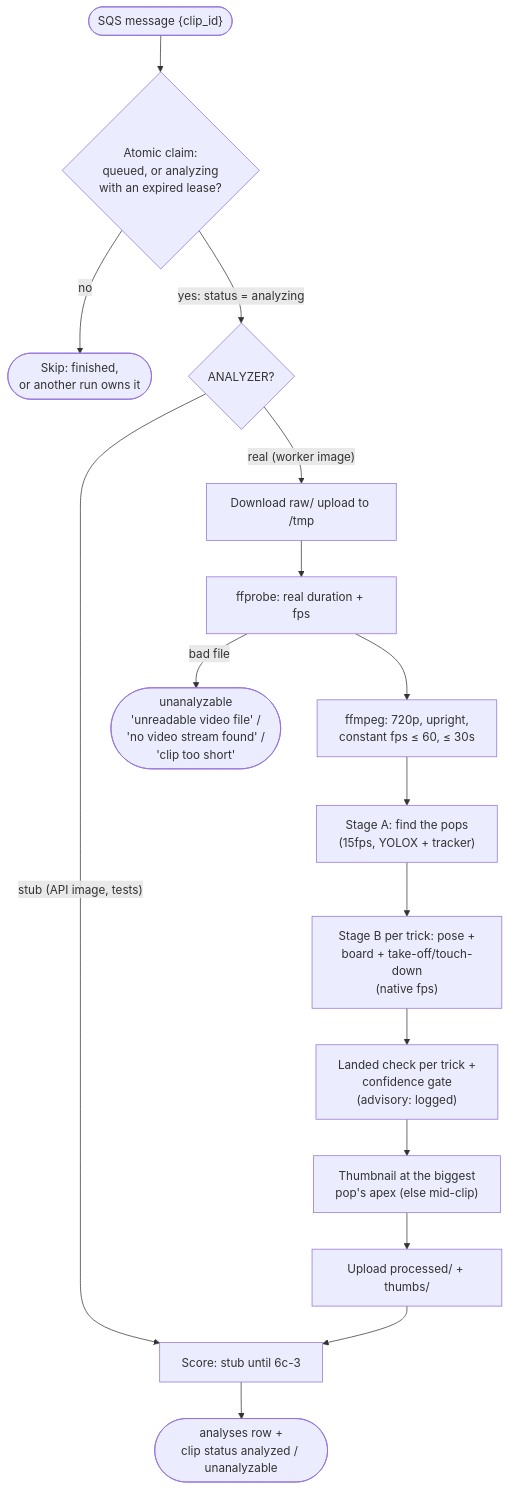
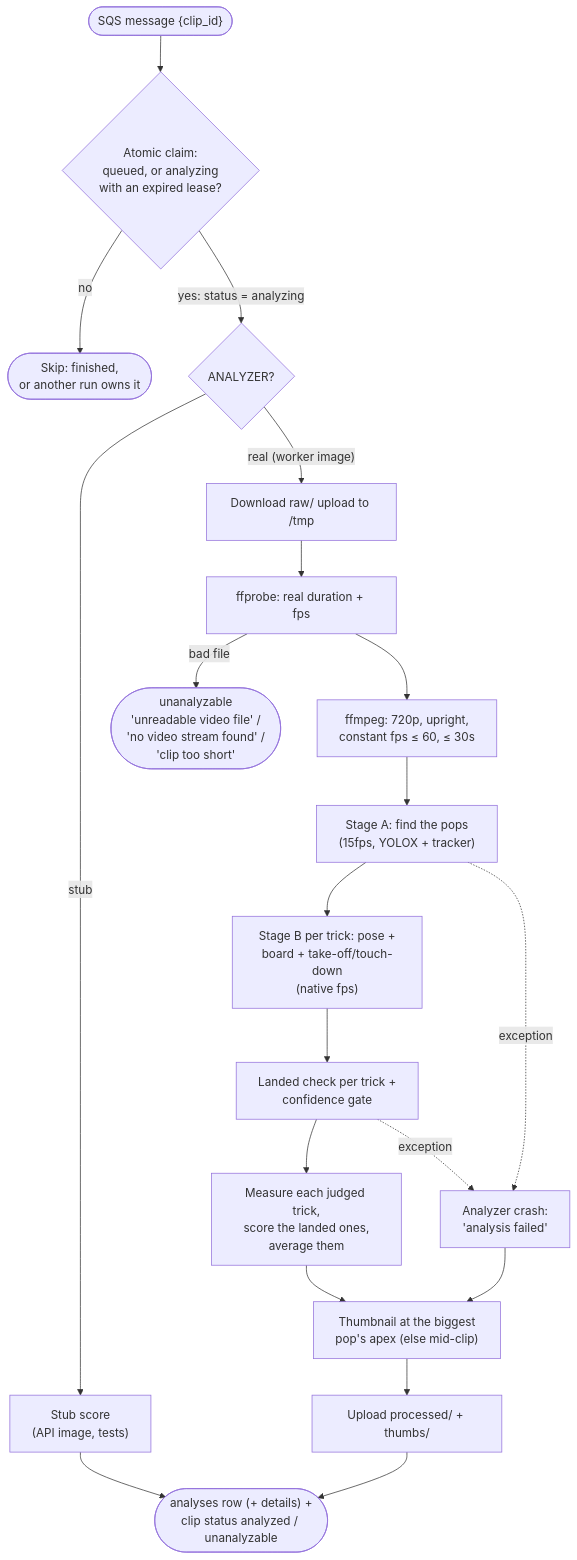
One commit to NickPalceski/TrickLens changed the first of 2 diagrams in docs/components/analyzer.md. Above: the diagram before and after it, drawn with Mermaid. The commit also changed other lines of this file and 36 other files, not shown here.

````diff
--- a/docs/components/analyzer.md
+++ b/docs/components/analyzer.md
@@ -17,26 +19,32 @@
 ```mermaid
 flowchart TD
     msg(["SQS message {clip_id}"])
     claim{"Atomic claim:<br/>queued, or analyzing<br/>with an expired lease?"}
     skip(["Skip: finished,<br/>or another run owns it"])
     mode{"ANALYZER?"}
+    stub["Stub score<br/>(API image, tests)"]
     dl["Download raw/ upload to /tmp"]
     probe["ffprobe: real duration + fps"]
     bad(["unanalyzable<br/>'unreadable video file' /<br/>'no video stream found' /<br/>'clip too short'"])
     tx["ffmpeg: 720p, upright,<br/>constant fps ≤ 60, ≤ 30s"]
     sa["Stage A: find the pops<br/>(15fps, YOLOX + tracker)"]
     sb["Stage B per trick: pose +<br/>board + take-off/touch-down<br/>(native fps)"]
-    gt["Landed check per trick +<br/>confidence gate<br/>(advisory: logged)"]
+    gt["Landed check per trick +<br/>confidence gate"]
+    meas["Measure each judged trick,<br/>score the landed ones,<br/>average them"]
+    crash["Analyzer crash:<br/>'analysis failed'"]
     thumb["Thumbnail at the biggest<br/>pop's apex (else mid-clip)"]
     up["Upload processed/ + thumbs/"]
-    score["Score: stub until 6c-3"]
-    write(["analyses row +<br/>clip status analyzed / unanalyzable"])
+    write(["analyses row (+ details) +<br/>clip status analyzed / unanalyzable"])
 
     msg --> claim
     claim -- no --> skip
     claim -- "yes: status = analyzing" --> mode
-    mode -- "stub (API image, tests)" --> score
+    mode -- "stub" --> stub --> write
     mode -- "real (worker image)" --> dl --> probe
     probe -- "bad file" --> bad
-    probe --> tx --> sa --> sb --> gt --> thumb --> up --> score --> write
+    probe --> tx --> sa --> sb --> gt --> meas --> thumb
+    sa -. "exception" .-> crash
+    gt -. "exception" .-> crash
+    crash --> thumb
+    thumb --> up --> write
 ```
````
